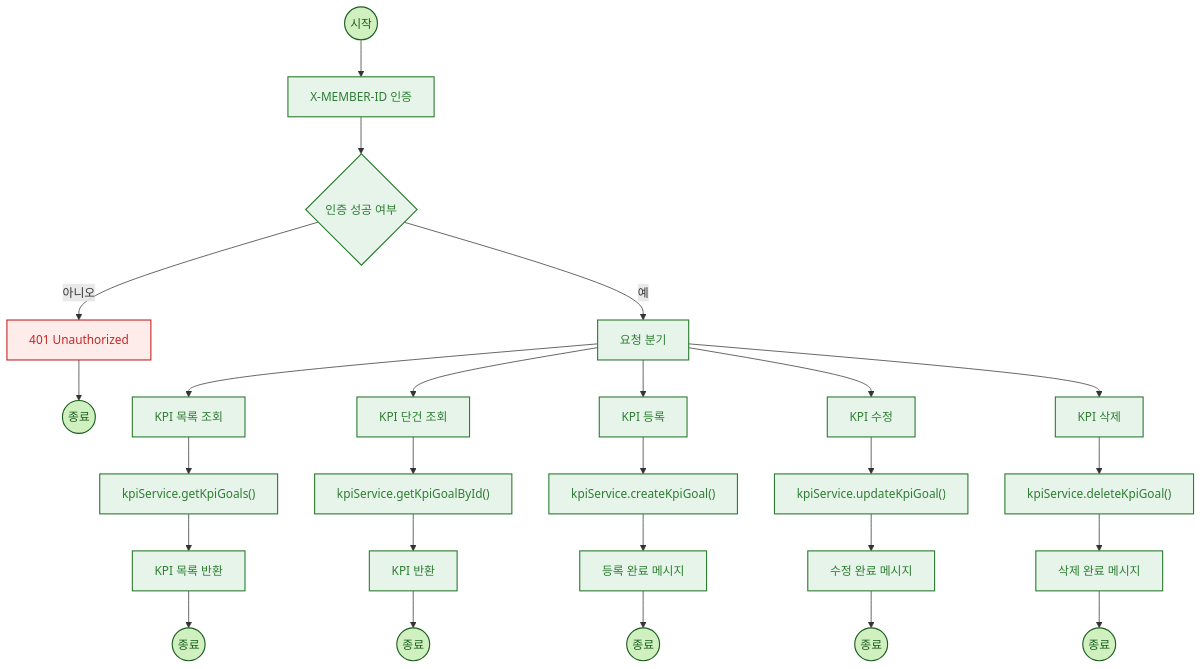
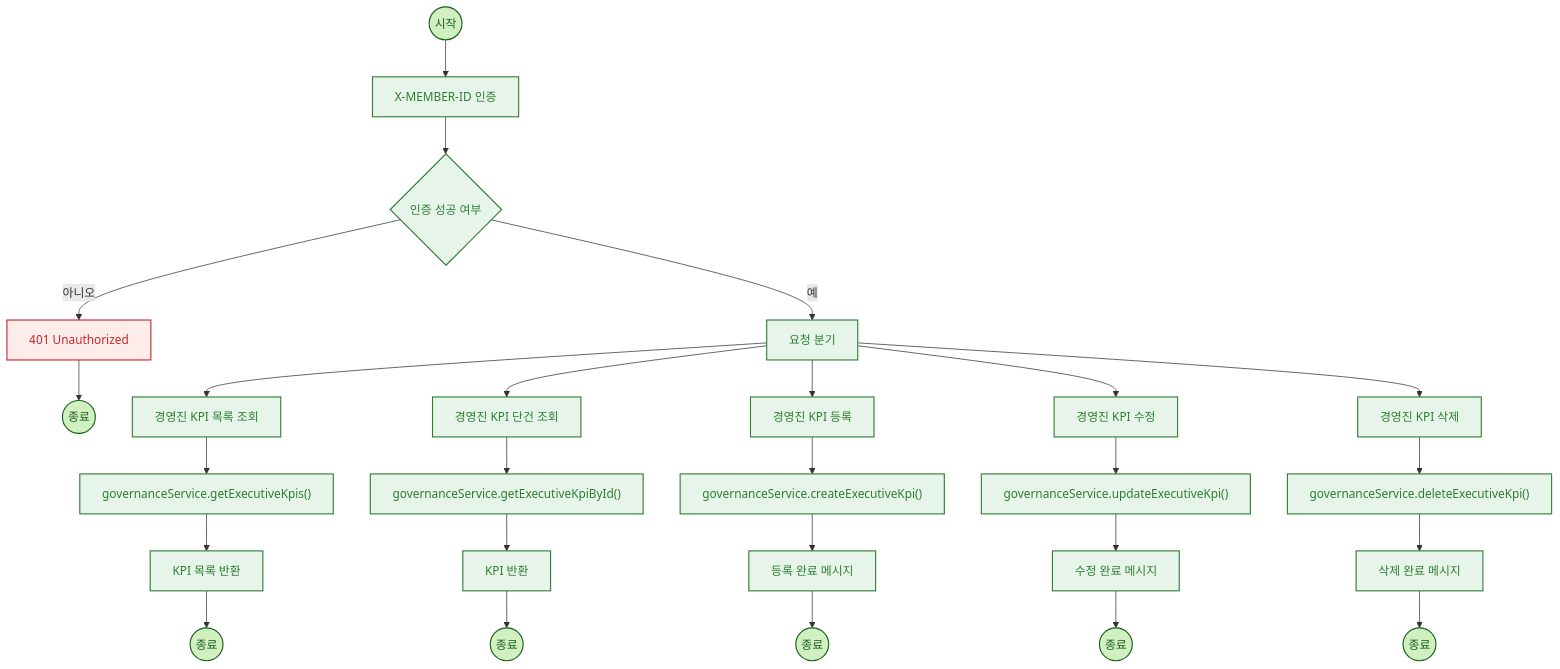
Before and after one commit to NextSpringMysqlMSA/tcfd-service: the third of 7 diagrams in README.md, drawn with Mermaid. The commit also changed other lines of this file and 1 other file, not shown here.

Commit message:
refactor: flowchart수정

````diff
--- a/README.md
+++ b/README.md
@@ -109,54 +109,54 @@
 ```mermaid
 flowchart TD
-    %% 스타일 정의 
+%% 스타일 정의 
     classDef process fill:#e6f4ea,stroke:#2e7d32,stroke-width:1.5px,color:#2e7d32
     classDef decision fill:#e6f4ea,stroke:#2e7d32,stroke-width:1.5px,color:#2e7d32
     classDef endpoint fill:#d0f0c0,stroke:#1b5e20,stroke-width:1.5px,color:#1b5e20
     classDef service fill:#e6f4ea,stroke:#2e7d32,stroke-width:1.5px,color:#2e7d32
     classDef response fill:#e6f4ea,stroke:#2e7d32,stroke-width:1.5px,color:#2e7d32
     classDef error fill:#fdecea,stroke:#c62828,stroke-width:1.5px,color:#c62828
 
-    %% 공통 시작 및 인증 처리
+%% 공통 시작 및 인증 처리
     Start((시작)) --> Auth["X-MEMBER-ID 인증"]
     Auth --> AuthCheck{"인증 성공 여부"}
     AuthCheck -- "아니오" --> Error401["401 Unauthorized"] --> EndErr((종료))
     AuthCheck -- "예" --> Router["요청 분기"]
 
-    %% KPI 목록 조회
-    Router --> GetList["KPI 목록 조회"]
-    GetList --> SvcList["kpiService.getKpiGoals()"]
+%% KPI 목록 조회
+    Router --> GetList["경영진 KPI 목록 조회"]
+    GetList --> SvcList["governanceService.getExecutiveKpis()"]
     SvcList --> RespList["KPI 목록 반환"]
     RespList --> End1((종료))
 
-    %% KPI 단건 조회
-    Router --> GetOne["KPI 단건 조회"]
-    GetOne --> SvcOne["kpiService.getKpiGoalById()"]
+%% KPI 단건 조회
+    Router --> GetOne["경영진 KPI 단건 조회"]
+    GetOne --> SvcOne["governanceService.getExecutiveKpiById()"]
     SvcOne --> RespOne["KPI 반환"]
     RespOne --> End2((종료))
 
-    %% KPI 등록
-    Router --> Create["KPI 등록"]
-    Create --> SvcCreate["kpiService.createKpiGoal()"]
+%% KPI 등록
+    Router --> Create["경영진 KPI 등록"]
+    Create --> SvcCreate["governanceService.createExecutiveKpi()"]
     SvcCreate --> RespCreate["등록 완료 메시지"]
     RespCreate --> End3((종료))
 
-    %% KPI 수정
-    Router --> Update["KPI 수정"]
-    Update --> SvcUpdate["kpiService.updateKpiGoal()"]
+%% KPI 수정
+    Router --> Update["경영진 KPI 수정"]
+    Update --> SvcUpdate["governanceService.updateExecutiveKpi()"]
     SvcUpdate --> RespUpdate["수정 완료 메시지"]
     RespUpdate --> End4((종료))
-    
-    %% KPI 삭제
-    Router --> Delete["KPI 삭제"]
-    Delete --> SvcDelete["kpiService.deleteKpiGoal()"]
+
+%% KPI 삭제
+    Router --> Delete["경영진 KPI 삭제"]
+    Delete --> SvcDelete["governanceService.deleteExecutiveKpi()"]
     SvcDelete --> RespDelete["삭제 완료 메시지"]
     RespDelete --> End5((종료))
-    
-    %% 스타일 적용
+
+%% 스타일 적용
     class Start,End1,End2,End3,End4,End5,EndErr endpoint
     class Auth,GetList,GetOne,Create,Update,Delete,Router process
     class AuthCheck decision
     class SvcList,SvcOne,SvcCreate,SvcUpdate,SvcDelete service
     class RespList,RespOne,RespCreate,RespUpdate,RespDelete response
     class Error401 error
 ```
````
